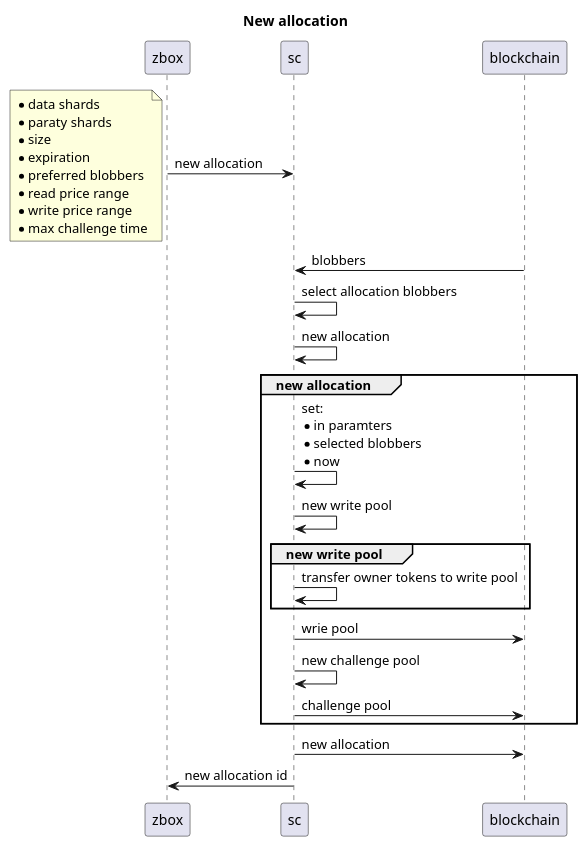
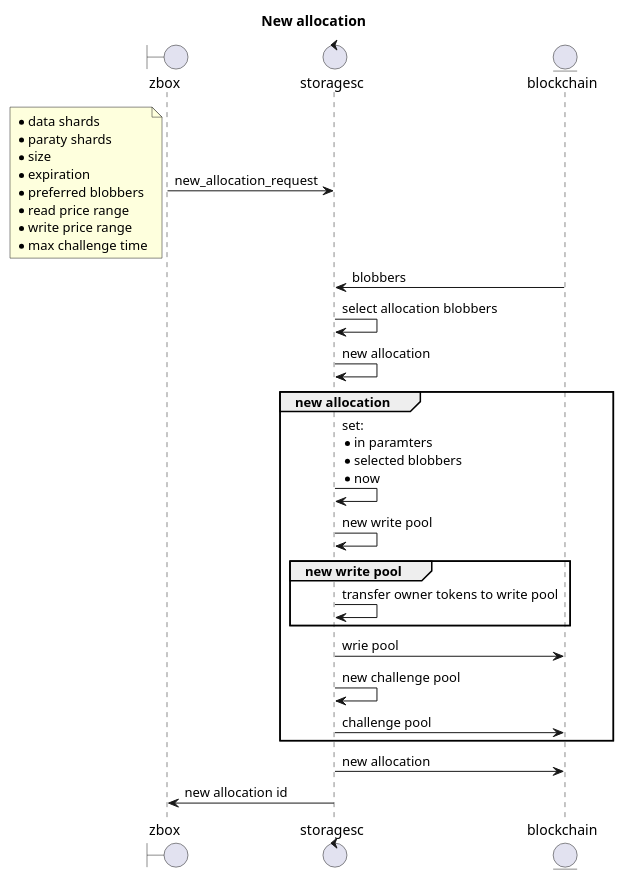
Diagram 23 of 32 in documents/uml.md (0chain/zboxcli), drawn with PlantUML before and after one commit. The commit also changed other lines of this file and 1 other file, not shown here.

````diff
--- a/documents/uml.md
+++ b/documents/uml.md
@@ -519,29 +522,32 @@
 ```puml
 title New allocation
-zbox -> sc : new allocation
+boundary zbox
+control storagesc
+entity blockchain
+zbox -> storagesc : new_allocation_request
 note left
     * data shards
     * paraty shards
     * size
     * expiration
     * preferred blobbers
     * read price range
     * write price range
     * max challenge time
 end note
-    blockchain -> sc : blobbers
-    sc -> sc : select allocation blobbers
-    sc -> sc : new allocation
+    blockchain -> storagesc : blobbers
+    storagesc -> storagesc : select allocation blobbers
+    storagesc -> storagesc : new allocation
     group new allocation
-        sc -> sc : set:\n* in paramters\n* selected blobbers\n* now
-        sc -> sc : new write pool
+        storagesc -> storagesc : set:\n* in paramters\n* selected blobbers\n* now
+        storagesc -> storagesc : new write pool
         group new write pool
-            sc -> sc : transfer owner tokens to write pool
+            storagesc -> storagesc : transfer owner tokens to write pool
         end 
-        sc -> blockchain : wrie pool
-        sc -> sc : new challenge pool    
-        sc -> blockchain : challenge pool    
+        storagesc -> blockchain : wrie pool
+        storagesc -> storagesc : new challenge pool    
+        storagesc -> blockchain : challenge pool    
     end
-    sc -> blockchain : new allocation
-sc -> zbox : new allocation id
+    storagesc -> blockchain : new allocation
+storagesc -> zbox : new allocation id
 ```
````
